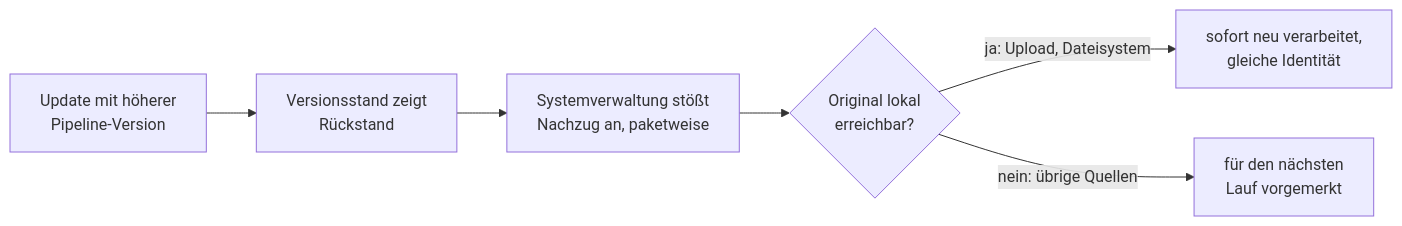
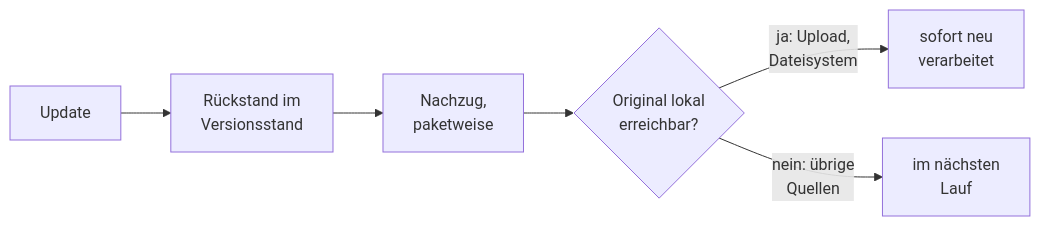
Before and after one commit to criew/opaa: the sixth of 6 diagrams in docs/handbuch/wissensbibliotheken.md, drawn with Mermaid. The commit also changed other lines of this file and 11 other files, not shown here.

First line of the commit message:
docs(handbuch): Mermaid-Knoten mit kurzen Zeilen

````diff
--- a/docs/handbuch/wissensbibliotheken.md
+++ b/docs/handbuch/wissensbibliotheken.md
@@ -454,8 +454,8 @@
 ```mermaid
 flowchart LR
-    U[Update mit höherer<br/>Pipeline-Version] --> V[Versionsstand zeigt<br/>Rückstand]
-    V --> A[Systemverwaltung stößt<br/>Nachzug an, paketweise]
+    U[Update] --> V[Rückstand im<br/>Versionsstand]
+    V --> A[Nachzug,<br/>paketweise]
     A --> L{Original lokal<br/>erreichbar?}
-    L -- ja: Upload, Dateisystem --> N[sofort neu verarbeitet,<br/>gleiche Identität]
-    L -- nein: übrige Quellen --> M[für den nächsten<br/>Lauf vorgemerkt]
+    L -- ja: Upload,<br/>Dateisystem --> N[sofort neu<br/>verarbeitet]
+    L -- nein: übrige<br/>Quellen --> M[im nächsten<br/>Lauf]
 ```
````
